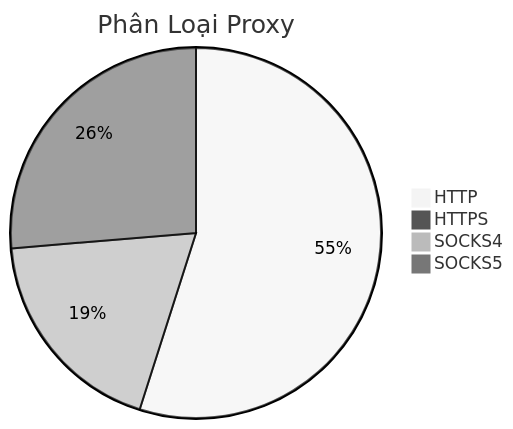
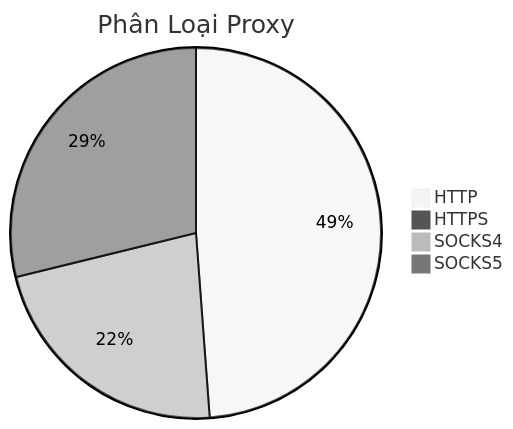
Before and after one commit to Ciara-12/PROXY-free: the diagram in README.md, drawn with Mermaid (neutral theme). The commit also changed other lines of this file and 4 other files, not shown here.

````diff
--- a/README.md
+++ b/README.md
@@ -26,7 +26,7 @@
 ```mermaid
 pie title Phân Loại Proxy
-    "HTTP" : 776
-    "HTTPS" : 0
-    "SOCKS4" : 265
-    "SOCKS5" : 372
+    "HTTP" : 537
+    "HTTPS" : 1
+    "SOCKS4" : 246
+    "SOCKS5" : 317
 ```
````
